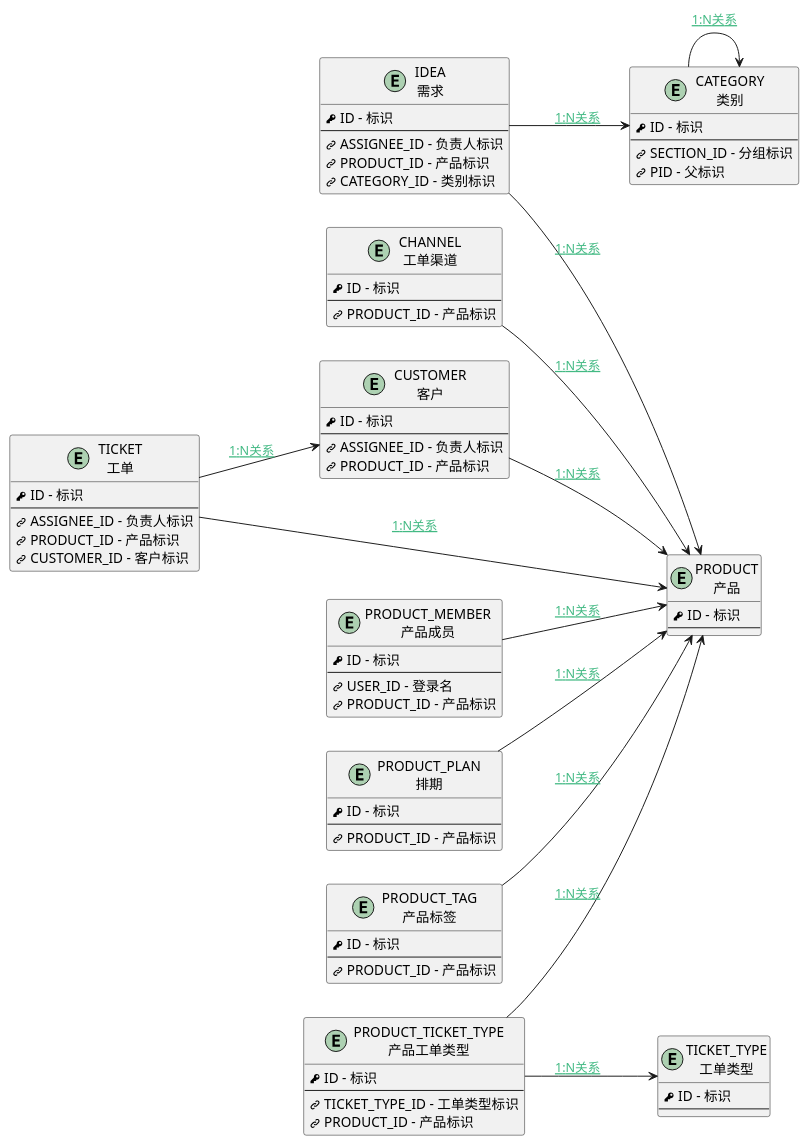
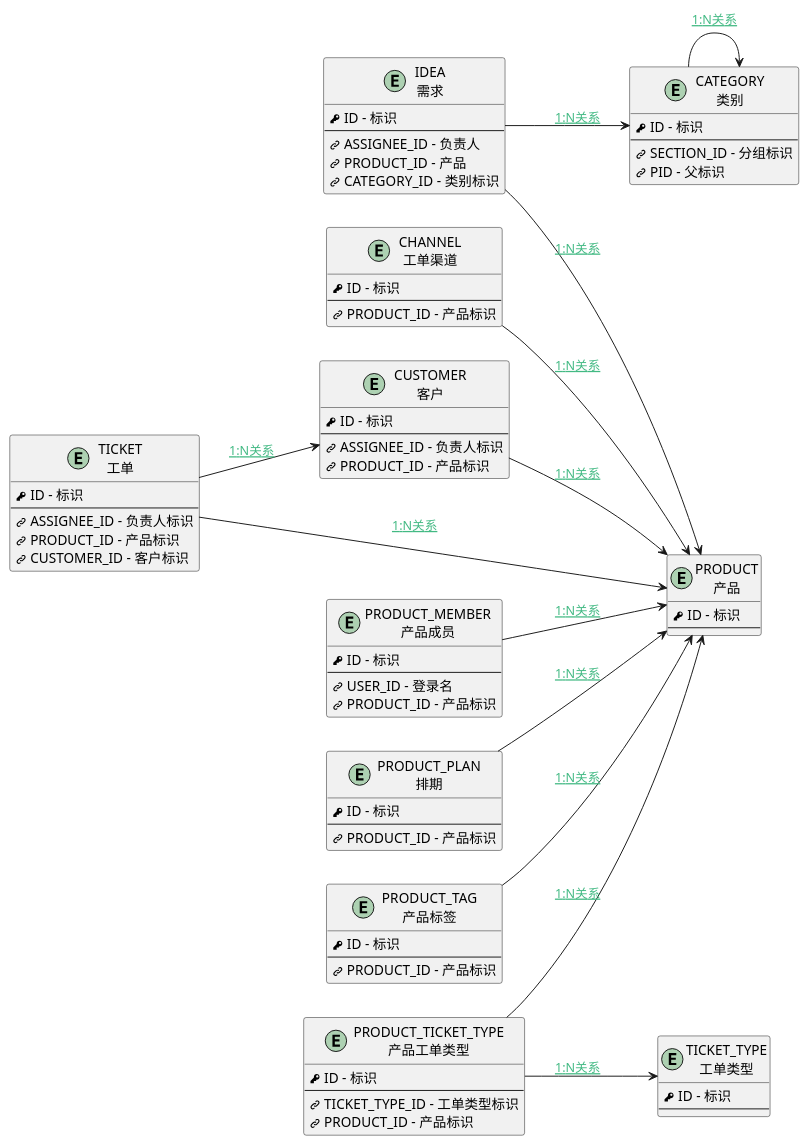
The diagram in doc/docsify/er/prodmgmt.md (iBizLab/plm), drawn with PlantUML before and after one commit. The commit also changed other lines of this file and 6272 other files, not shown here.

```diff
--- a/doc/docsify/er/prodmgmt.md
+++ b/doc/docsify/er/prodmgmt.md
@@ -11,64 +10,64 @@
 </style>
 left to right direction
 
-entity "CATEGORY\n类别" as CATEGORY [[$../module/Base/Category {类别}]] {
+entity "CATEGORY\n类别" as CATEGORY [[$../module/Base/category {类别}]] {
         <&key> ID - 标识
         --
         <&link-intact> SECTION_ID - 分组标识
         <&link-intact> PID - 父标识
 }
-entity "CHANNEL\n工单渠道" as CHANNEL [[$../module/ProdMgmt/Channel {工单渠道}]] {
+entity "CHANNEL\n工单渠道" as CHANNEL [[$../module/ProdMgmt/channel {工单渠道}]] {
         <&key> ID - 标识
         --
         <&link-intact> PRODUCT_ID - 产品标识
 }
-entity "CUSTOMER\n客户" as CUSTOMER [[$../module/ProdMgmt/Customer {客户}]] {
+entity "CUSTOMER\n客户" as CUSTOMER [[$../module/ProdMgmt/customer {客户}]] {
         <&key> ID - 标识
         --
         <&link-intact> ASSIGNEE_ID - 负责人标识
         <&link-intact> PRODUCT_ID - 产品标识
 }
-entity "IDEA\n需求" as IDEA [[$../module/ProdMgmt/Idea {需求}]] {
+entity "IDEA\n需求" as IDEA [[$../module/ProdMgmt/idea {需求}]] {
         <&key> ID - 标识
         --
-        <&link-intact> ASSIGNEE_ID - 负责人标识
-        <&link-intact> PRODUCT_ID - 产品标识
+        <&link-intact> ASSIGNEE_ID - 负责人
+        <&link-intact> PRODUCT_ID - 产品
         <&link-intact> CATEGORY_ID - 类别标识
 }
-entity "PRODUCT\n产品" as PRODUCT [[$../module/ProdMgmt/Product {产品}]] {
+entity "PRODUCT\n产品" as PRODUCT [[$../module/ProdMgmt/product {产品}]] {
         <&key> ID - 标识
         --
 }
-entity "PRODUCT_MEMBER\n产品成员" as PRODUCT_MEMBER [[$../module/ProdMgmt/Product_member {产品成员}]] {
+entity "PRODUCT_MEMBER\n产品成员" as PRODUCT_MEMBER [[$../module/ProdMgmt/product_member {产品成员}]] {
         <&key> ID - 标识
         --
         <&link-intact> USER_ID - 登录名
         <&link-intact> PRODUCT_ID - 产品标识
 }
-entity "PRODUCT_PLAN\n排期" as PRODUCT_PLAN [[$../module/ProdMgmt/Product_plan {排期}]] {
+entity "PRODUCT_PLAN\n排期" as PRODUCT_PLAN [[$../module/ProdMgmt/product_plan {排期}]] {
         <&key> ID - 标识
         --
         <&link-intact> PRODUCT_ID - 产品标识
 }
-entity "PRODUCT_TAG\n产品标签" as PRODUCT_TAG [[$../module/ProdMgmt/Product_tag {产品标签}]] {
+entity "PRODUCT_TAG\n产品标签" as PRODUCT_TAG [[$../module/ProdMgmt/product_tag {产品标签}]] {
         <&key> ID - 标识
         --
         <&link-intact> PRODUCT_ID - 产品标识
 }
-entity "PRODUCT_TICKET_TYPE\n产品工单类型" as PRODUCT_TICKET_TYPE [[$../module/ProdMgmt/Product_ticket_type {产品工单类型}]] {
+entity "PRODUCT_TICKET_TYPE\n产品工单类型" as PRODUCT_TICKET_TYPE [[$../module/ProdMgmt/product_ticket_type {产品工单类型}]] {
         <&key> ID - 标识
         --
         <&link-intact> TICKET_TYPE_ID - 工单类型标识
         <&link-intact> PRODUCT_ID - 产品标识
 }
-entity "TICKET\n工单" as TICKET [[$../module/ProdMgmt/Ticket {工单}]] {
+entity "TICKET\n工单" as TICKET [[$../module/ProdMgmt/ticket {工单}]] {
         <&key> ID - 标识
         --
         <&link-intact> ASSIGNEE_ID - 负责人标识
         <&link-intact> PRODUCT_ID - 产品标识
         <&link-intact> CUSTOMER_ID - 客户标识
 }
-entity "TICKET_TYPE\n工单类型" as TICKET_TYPE [[$../module/ProdMgmt/Ticket_type {工单类型}]] {
+entity "TICKET_TYPE\n工单类型" as TICKET_TYPE [[$../module/ProdMgmt/ticket_type {工单类型}]] {
         <&key> ID - 标识
         --
 }
```
